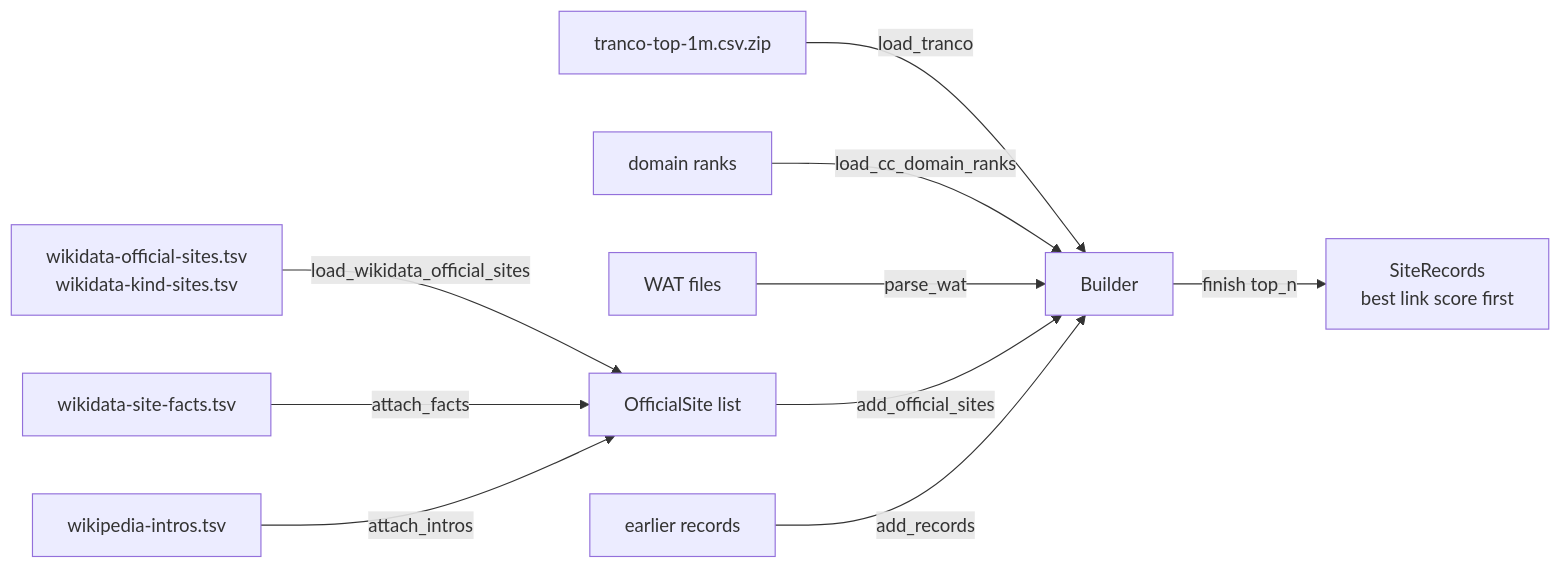
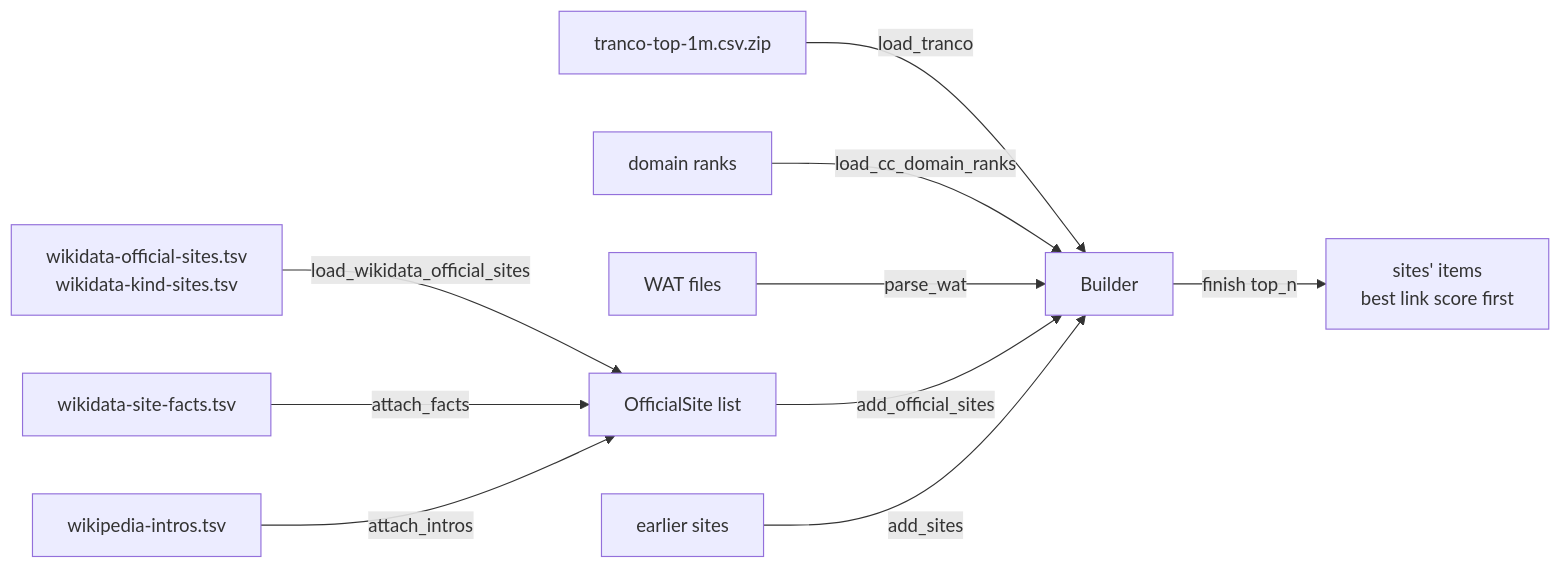
The second of 2 diagrams in crates/plumb-ingest/README.md (SueHeir/plumb-search), drawn with Mermaid before and after one commit. The commit also changed other lines of this file and 19 other files, not shown here.

````diff
--- a/crates/plumb-ingest/README.md
+++ b/crates/plumb-ingest/README.md
@@ -57,12 +57,12 @@
 ```mermaid
 flowchart LR
   tranco["tranco-top-1m.csv.zip"] -->|"load_tranco"| builder
   cc["domain ranks"] -->|"load_cc_domain_ranks"| builder
   wat["WAT files"] -->|"parse_wat"| builder
   wd["wikidata-official-sites.tsv<br/>wikidata-kind-sites.tsv"] -->|"load_wikidata_official_sites"| sites["OfficialSite list"]
   facts["wikidata-site-facts.tsv"] -->|"attach_facts"| sites
   intros["wikipedia-intros.tsv"] -->|"attach_intros"| sites
   sites -->|"add_official_sites"| builder["Builder"]
-  earlier["earlier records"] -->|"add_records"| builder
-  builder -->|"finish top_n"| out["SiteRecords<br/>best link score first"]
+  earlier["earlier sites"] -->|"add_sites"| builder
+  builder -->|"finish top_n"| out["sites' items<br/>best link score first"]
 ```
````
